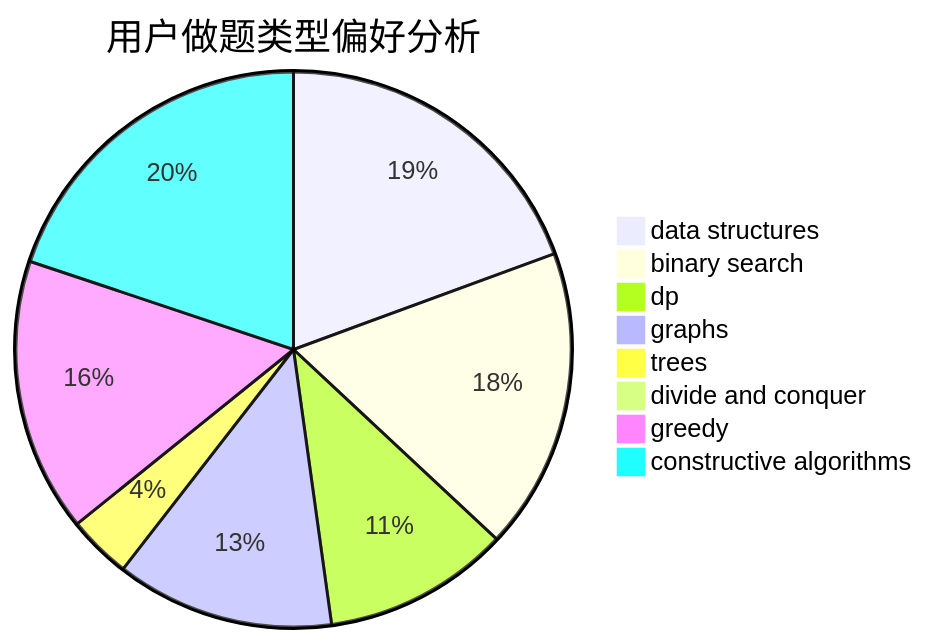
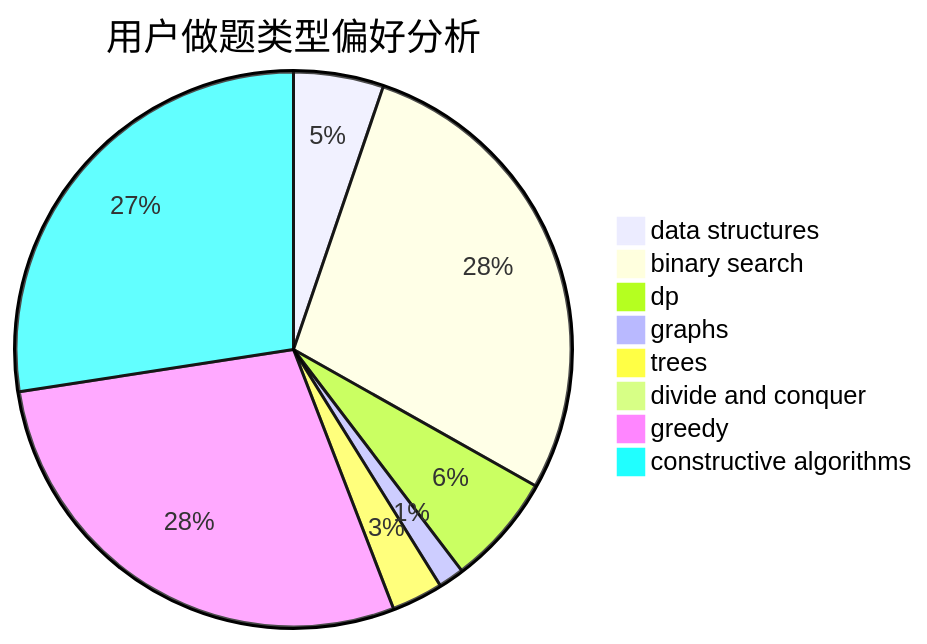
The second of 3 diagrams in docs/user/u57.md (sherpahu/cfrs.github.io), drawn with Mermaid before and after one commit. The commit also changed other lines of this file and 2770 other files, not shown here.

````diff
--- a/docs/user/u57.md
+++ b/docs/user/u57.md
@@ -23,11 +23,11 @@
 ```mermaid
 pie title 用户做题类型偏好分析
-    "data structures" :  84
-    "binary search" :  76
-    "dp" :  47
-    "graphs" :  55
-    "trees" :  16
-    "divide and conquer" :  1
-    "greedy" :  69
-    "constructive algorithms" :  86
+    "data structures" :  21
+    "binary search" :  112
+    "dp" :  26
+    "graphs" :  6
+    "trees" :  12
+    "divide and conquer" :  0
+    "greedy" :  114
+    "constructive algorithms" :  110
 ```
````
